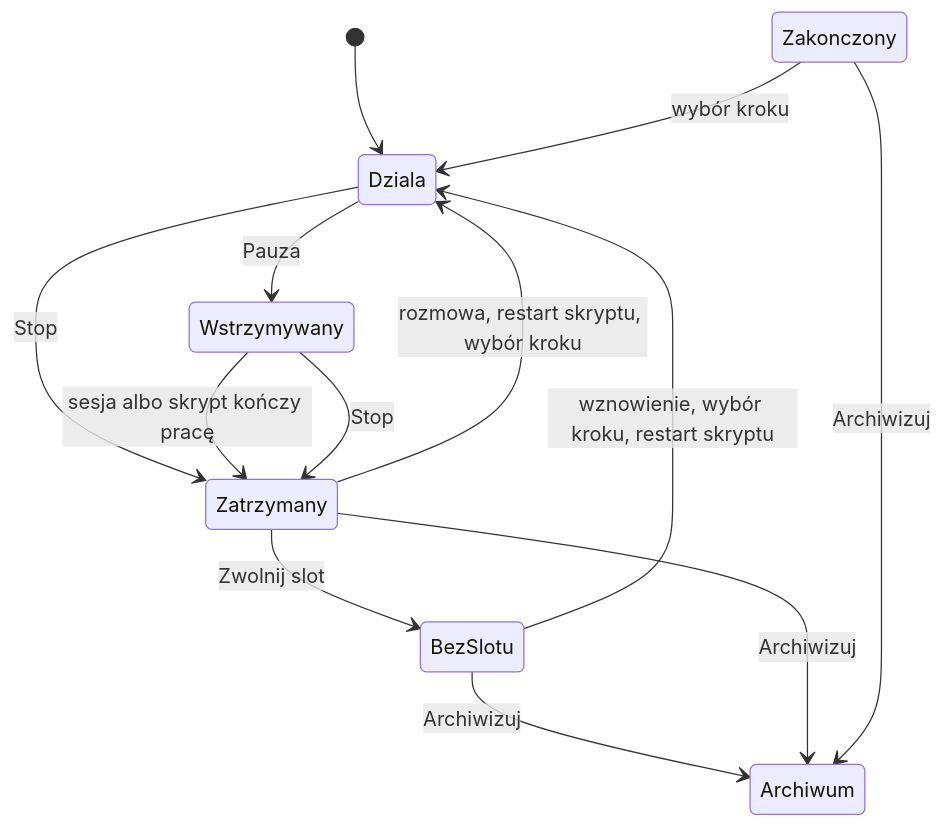
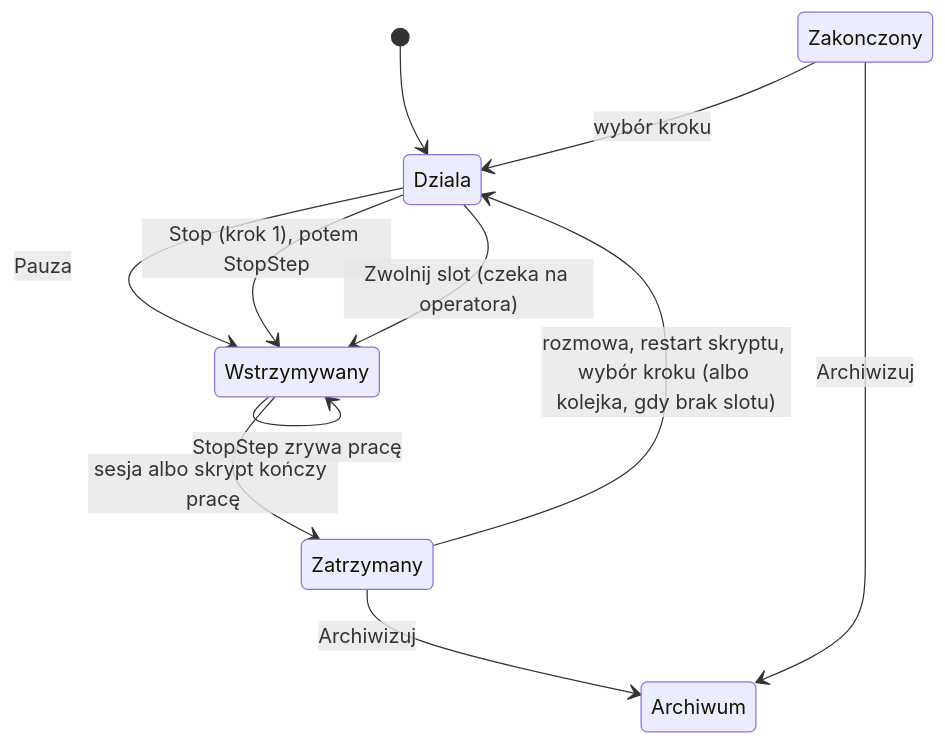
Before and after one commit to glakartur/narsor: the diagram in docs/plans/2026-11-11-001-feat-akcje-taska-pauza-stop-panel-plan.md, drawn with Mermaid. The commit also changed other lines of this file, not shown here.

Commit message:
docs(plan): apply safe review fixes and clarify ReleaseSlot scope

````diff
--- a/docs/plans/2026-11-11-001-feat-akcje-taska-pauza-stop-panel-plan.md
+++ b/docs/plans/2026-11-11-001-feat-akcje-taska-pauza-stop-panel-plan.md
@@ -99,15 +117,13 @@
 ```mermaid
 stateDiagram-v2
     [*] --> Dziala
     Dziala --> Wstrzymywany: Pauza
-    Dziala --> Zatrzymany: Stop
+    Dziala --> Wstrzymywany: Stop (krok 1), potem StopStep
     Wstrzymywany --> Zatrzymany: sesja albo skrypt kończy pracę
-    Wstrzymywany --> Zatrzymany: Stop
-    Zatrzymany --> Dziala: rozmowa, restart skryptu, wybór kroku
-    Zatrzymany --> BezSlotu: Zwolnij slot
-    BezSlotu --> Dziala: wznowienie, wybór kroku, restart skryptu
-    BezSlotu --> Archiwum: Archiwizuj
+    Wstrzymywany --> Wstrzymywany: StopStep zrywa pracę
+    Dziala --> Wstrzymywany: Zwolnij slot (czeka na operatora)
+    Zatrzymany --> Dziala: rozmowa, restart skryptu, wybór kroku (albo kolejka, gdy brak slotu)
     Zatrzymany --> Archiwum: Archiwizuj
     Zakonczony --> Dziala: wybór kroku
     Zakonczony --> Archiwum: Archiwizuj
 ```
````
